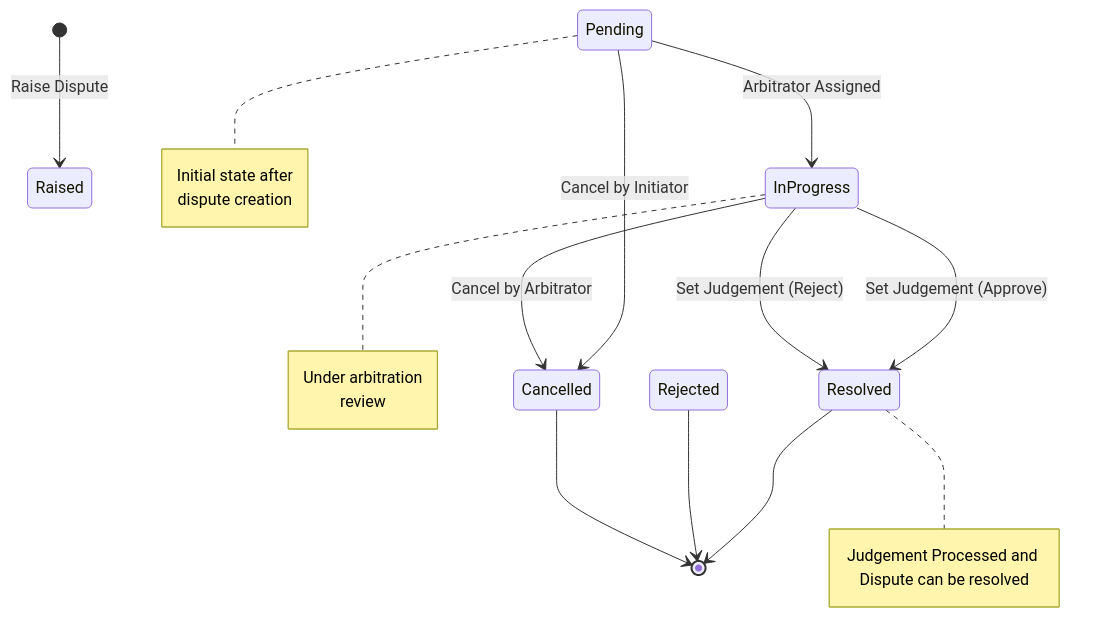
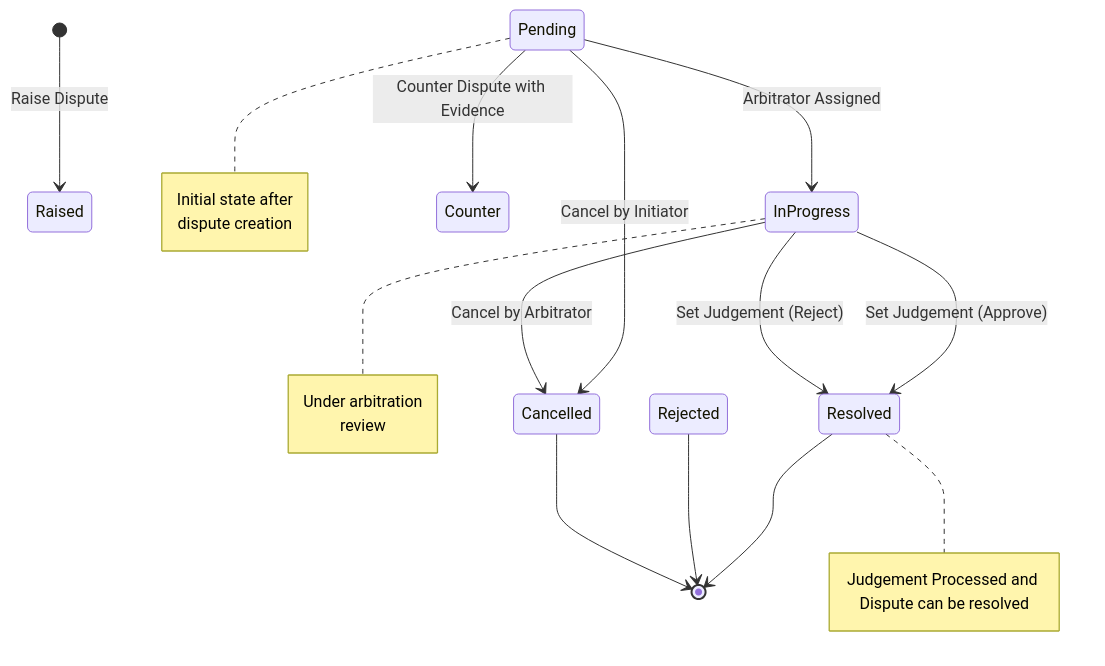
The fifth of 7 diagrams in README.md (ETIM-PAUL/SentryMark), drawn with Mermaid before and after one commit. The commit also changed other lines of this file, not shown here.

````diff
--- a/README.md
+++ b/README.md
@@ -383,26 +383,27 @@
 ```mermaid
 stateDiagram-v2
     [*] --> Raised: Raise Dispute
     Pending --> InProgress: Arbitrator Assigned
     InProgress --> Resolved: Set Judgement (Approve)
     InProgress --> Resolved: Set Judgement (Reject)
     Pending --> Cancelled: Cancel by Initiator
+    Pending --> Counter: Counter Dispute with Evidence
     InProgress --> Cancelled: Cancel by Arbitrator
     Resolved --> [*]
     Rejected --> [*]
     Cancelled --> [*]
 
     note right of Pending
         Initial state after
         dispute creation
     end note
 
     note right of InProgress
         Under arbitration
         review
     end note
 
     note right of Resolved
         Judgement Processed and Dispute can be resolved
     end note
 ```
````
